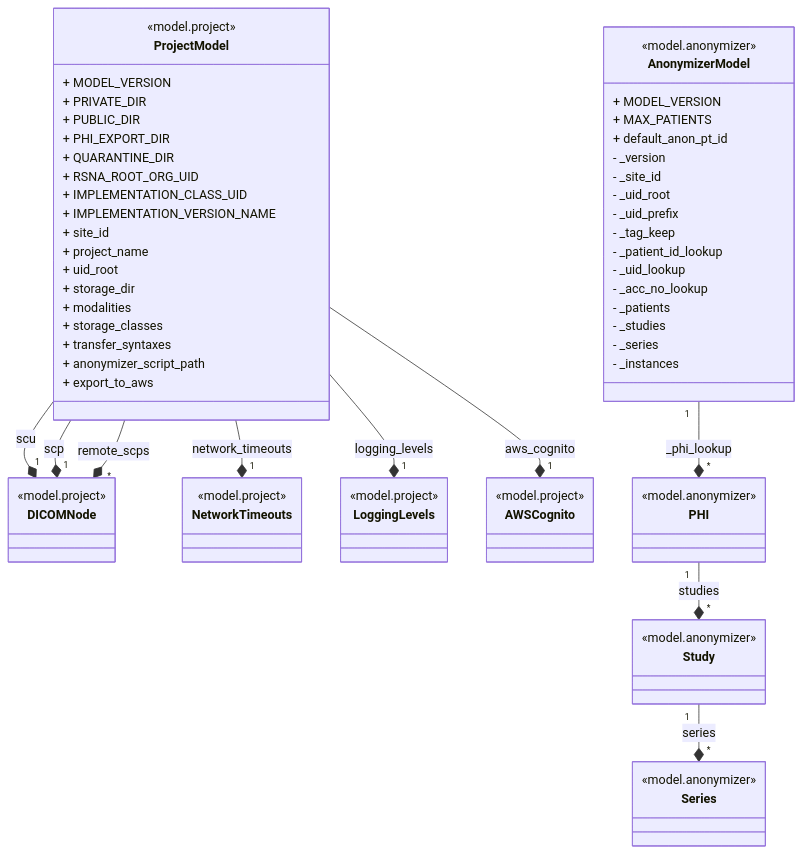
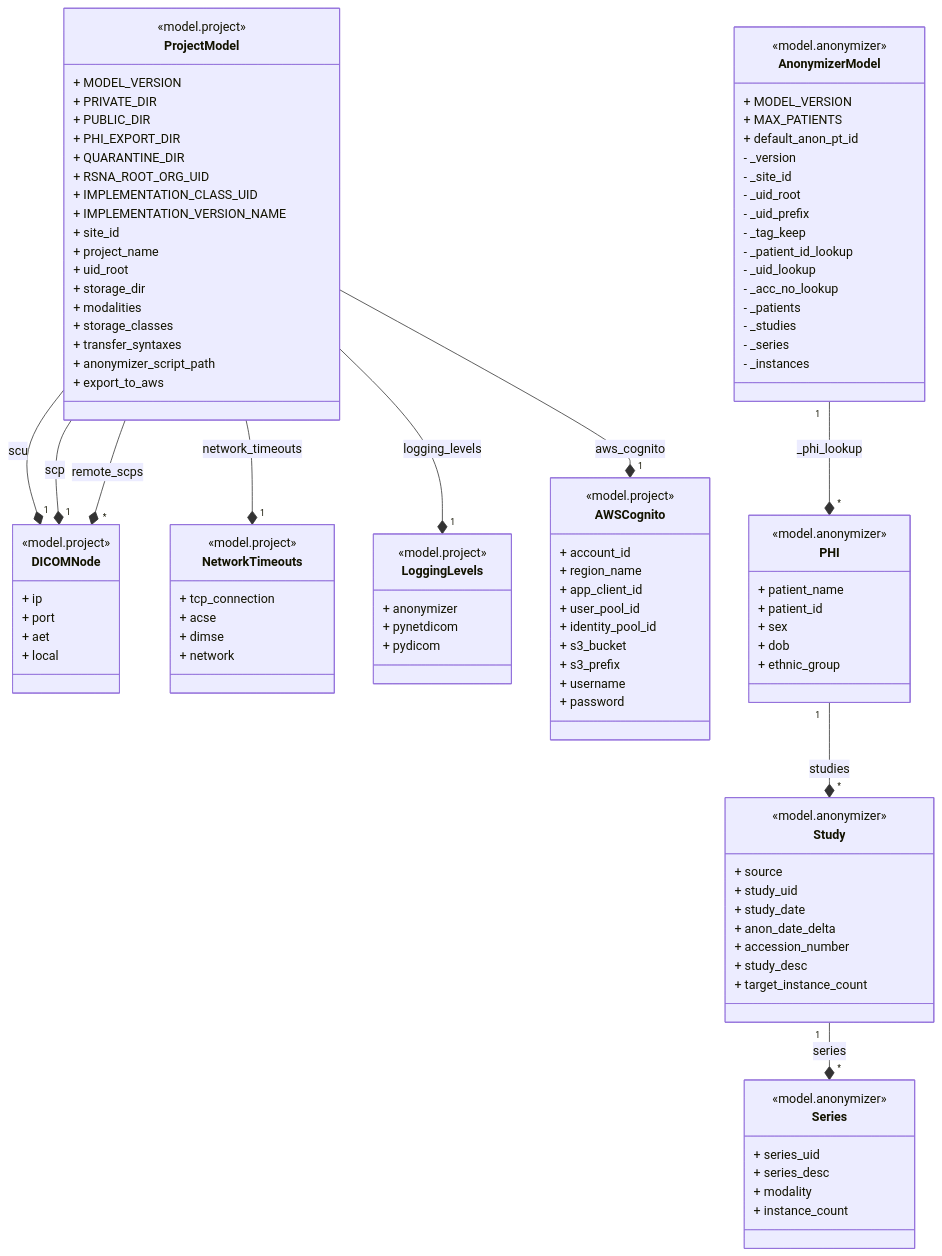
Before and after one commit to RSNA/anonymizer: the first of 3 diagrams in readme.md, drawn with Mermaid. The commit also changed other lines of this file and 10 other files, not shown here.

```diff
--- a/readme.md
+++ b/readme.md
@@ -46,15 +48,35 @@
 classDiagram
     class DICOMNode {
         <<model.project>>
+        + ip
+        + port
+        + aet
+        + local
     }
     class NetworkTimeouts {
         <<model.project>>
+        + tcp_connection
+        + acse
+        + dimse
+        + network
     }
     class LoggingLevels {
         <<model.project>>
+        + anonymizer
+        + pynetdicom
+        + pydicom
     }
     class AWSCognito {
         <<model.project>>
+        + account_id
+        + region_name
+        + app_client_id
+        + user_pool_id
+        + identity_pool_id
+        + s3_bucket
+        + s3_prefix
+        + username
+        + password
     }
     class ProjectModel {
         <<model.project>>
@@ -84,13 +106,29 @@
     ProjectModel --* "*" DICOMNode: remote_scps
     class Series {
         <<model.anonymizer>>
+        + series_uid
+        + series_desc
+        + modality
+        + instance_count
     }
     class Study {
         <<model.anonymizer>>
+        + source
+        + study_uid
+        + study_date
+        + anon_date_delta
+        + accession_number
+        + study_desc
+        + target_instance_count
     }
     Study "1" --* "*" Series: series
     class PHI{
         <<model.anonymizer>>
+        + patient_name
+        + patient_id
+        + sex
+        + dob
+        + ethnic_group
     }
     PHI "1" --* "*" Study: studies
     class AnonymizerModel {
```
